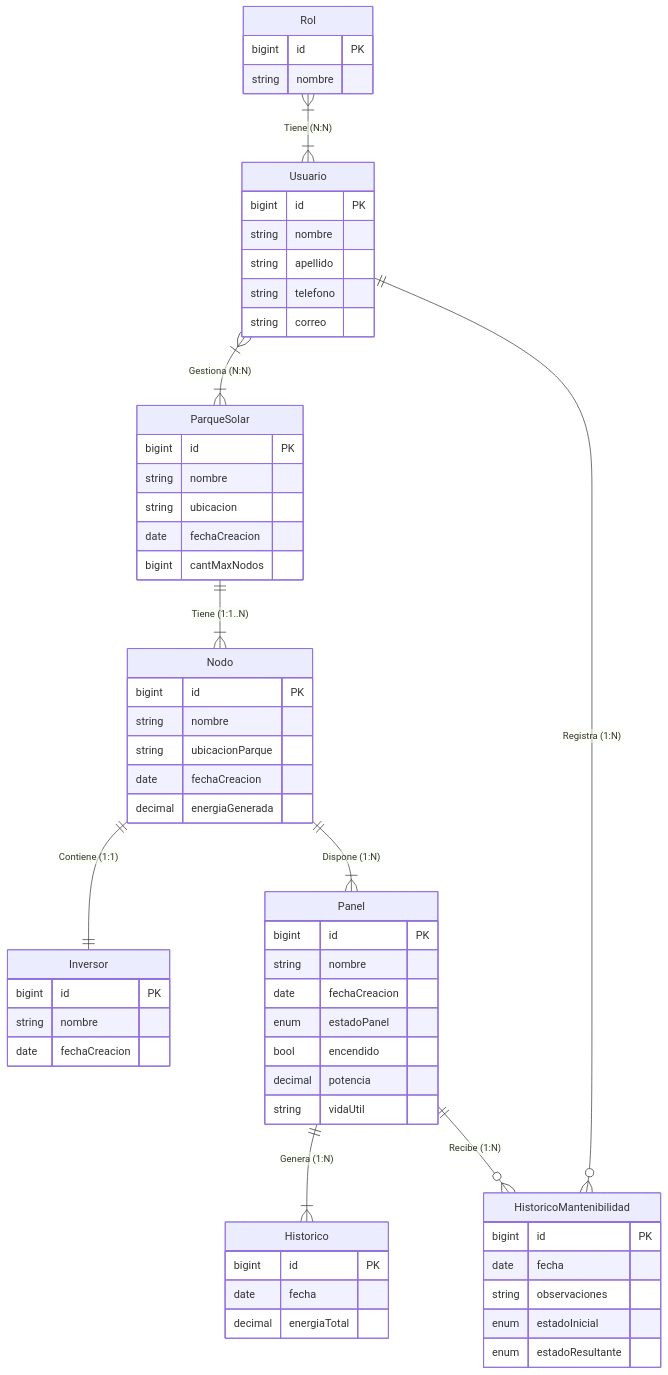
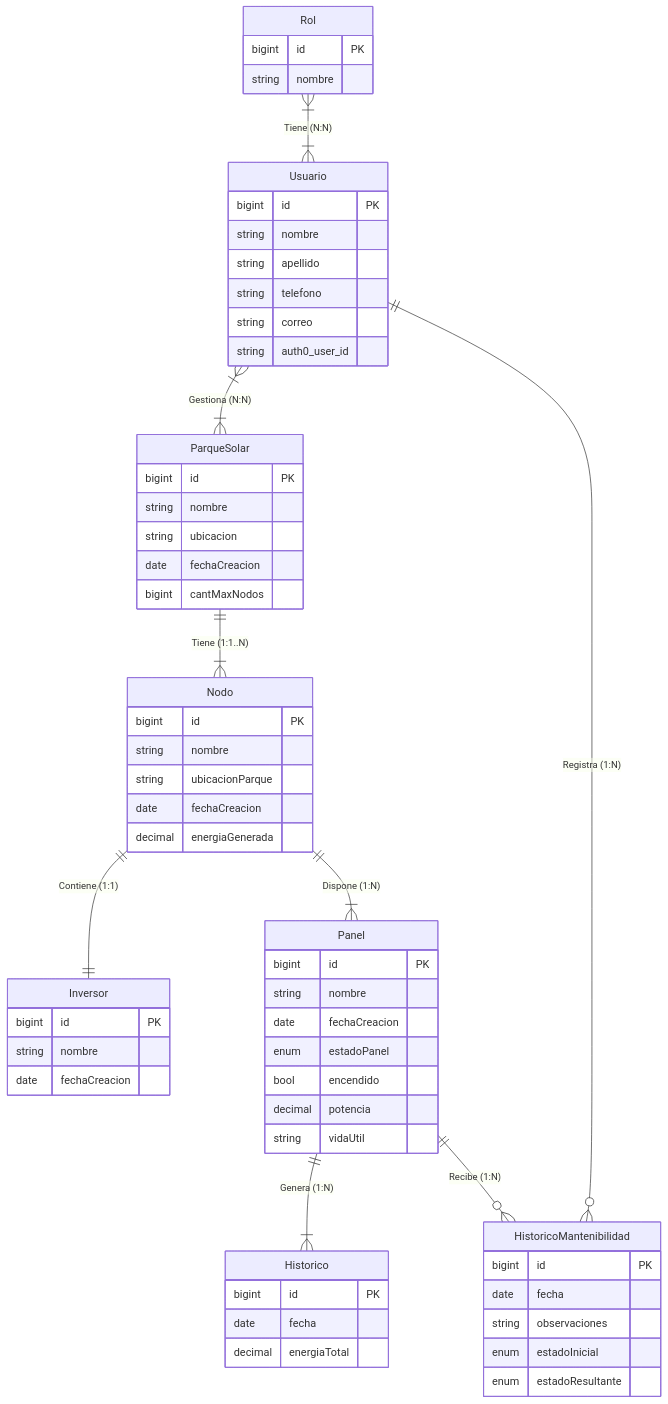
One commit to kevinGarcia00/Taller_.NET changed the diagram in Taller_.NET/MER.md. Above: the diagram before and after it, drawn with Mermaid. The commit also changed other lines of this file and 66 other files, not shown here.

````diff
--- a/Taller_.NET/MER.md
+++ b/Taller_.NET/MER.md
@@ -1,71 +1,72 @@
 ```mermaid
 erDiagram
 Rol {
 bigint id PK
 string nombre
 }
 
     Usuario {
         bigint id PK
         string nombre
         string apellido
         string telefono
         string correo
+        string auth0_user_id
     }
 
     ParqueSolar {
         bigint id PK
         string nombre
         string ubicacion
         date fechaCreacion
         bigint cantMaxNodos
     }
 
     Nodo {
         bigint id PK
         string nombre
         string ubicacionParque
         date fechaCreacion
         decimal energiaGenerada
     }
 
     Inversor {
         bigint id PK
         string nombre
         date fechaCreacion
     }
 
     Panel {
         bigint id PK
         string nombre
         date fechaCreacion
         enum estadoPanel
         bool encendido
         decimal potencia
         string vidaUtil
     }
 
     Historico {
         bigint id PK
         date fecha
         decimal energiaTotal
     }
 
     HistoricoMantenibilidad {
         bigint id PK
         date fecha
         string observaciones
         enum estadoInicial
         enum estadoResultante
     }
 
     %% Relaciones
     Rol }|--|{ Usuario : "Tiene (N:N)"
     Usuario }|--|{ ParqueSolar : "Gestiona (N:N)"
     ParqueSolar ||--|{ Nodo : "Tiene (1:1..N)"
     Nodo ||--|| Inversor : "Contiene (1:1)"
     Nodo ||--|{ Panel : "Dispone (1:N)"
     Usuario ||--o{ HistoricoMantenibilidad : "Registra (1:N)"
     Panel ||--o{ HistoricoMantenibilidad : "Recibe (1:N)"
     Panel ||--|{ Historico : "Genera (1:N)"
 ```
````
